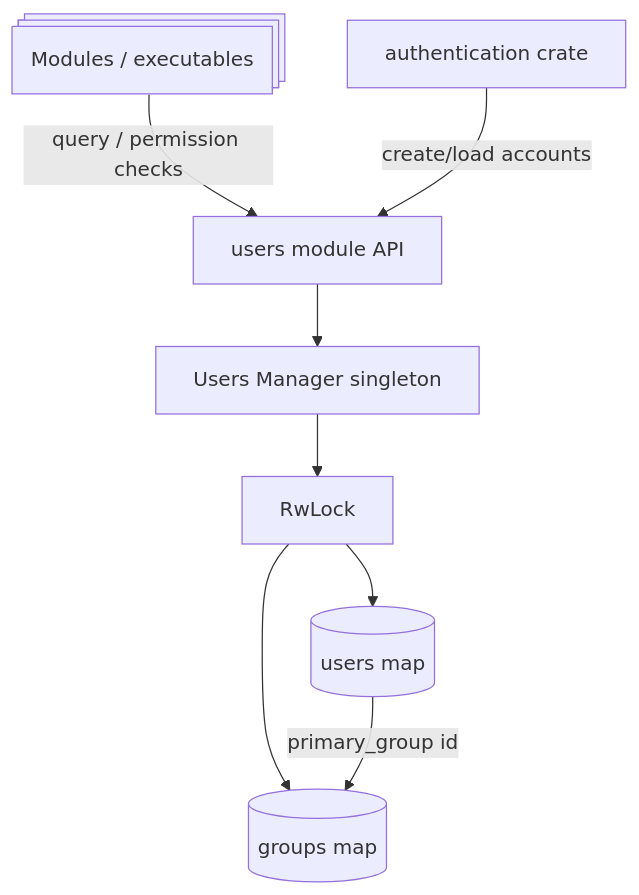
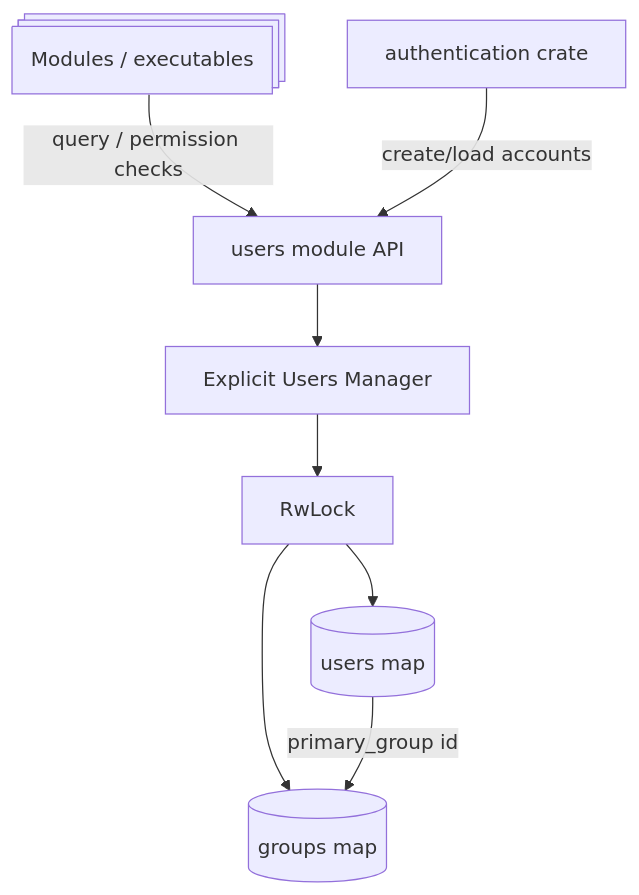
Before and after one commit to Xila-Project/Website: the diagram in src/guide/architecture/modules/users.md, drawn with Mermaid. The commit also changed other lines of this file and 6 other files, not shown here.

````diff
--- a/src/guide/architecture/modules/users.md
+++ b/src/guide/architecture/modules/users.md
@@ -43,18 +43,18 @@
 ```mermaid
 graph TD
     Clients@{ shape: processes, label: "Modules / executables" }
     Auth[authentication crate]
     UsersAPI[users module API]
-    Manager[Users Manager singleton]
+    Manager[Explicit Users Manager]
     Lock[RwLock]
     UsersMap[(users map)]
     GroupsMap[(groups map)]
 
     Clients -->|query / permission checks| UsersAPI
     Auth -->|create/load accounts| UsersAPI
     UsersAPI --> Manager
     Manager --> Lock
     Lock --> UsersMap
     Lock --> GroupsMap
     UsersMap -->|primary_group id| GroupsMap
 ```
````
